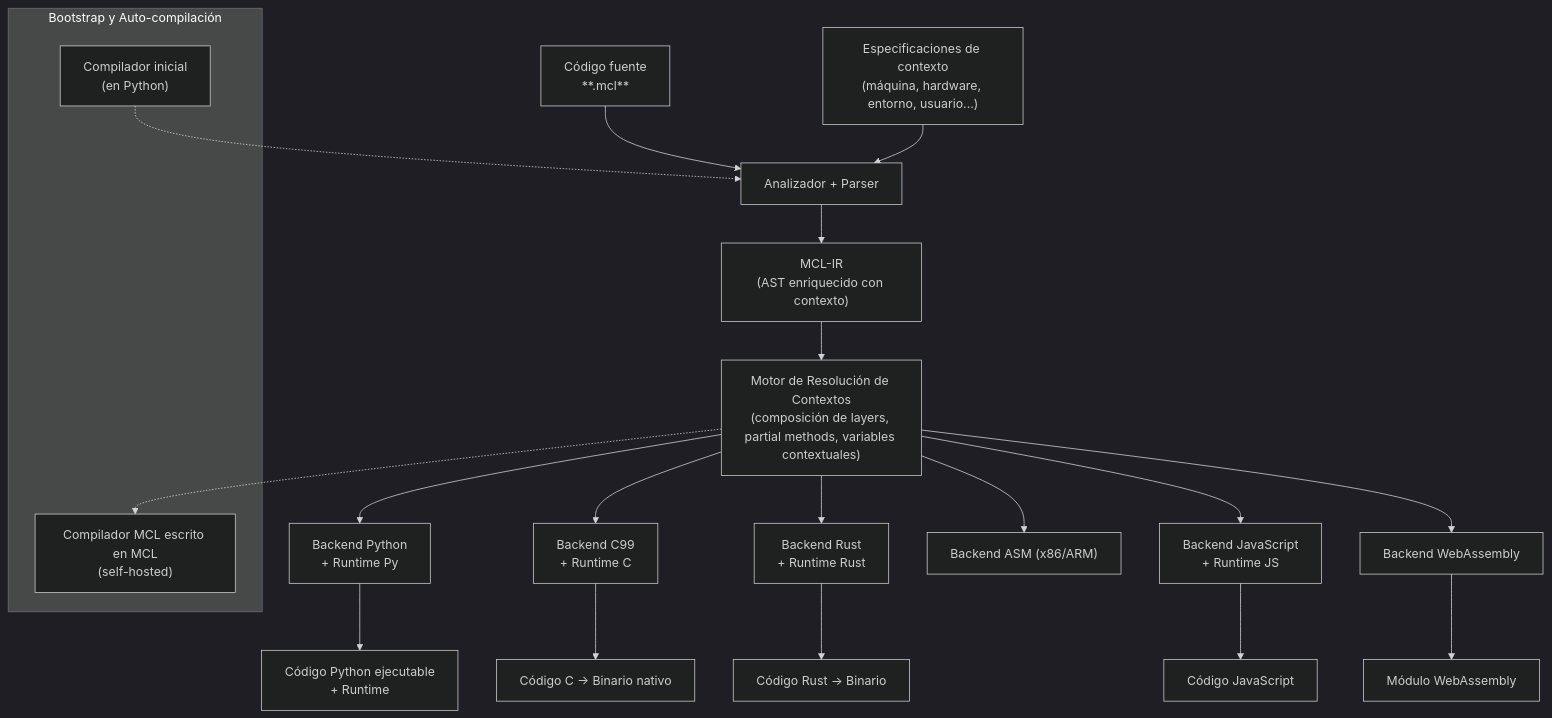
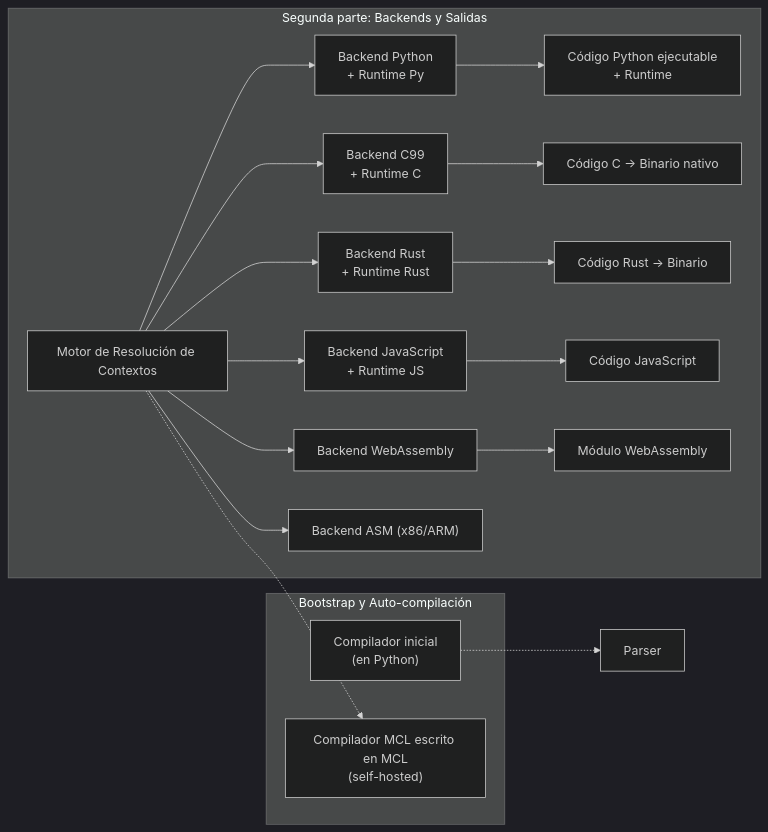
Before and after one commit to metsuke/23-MetsuOS-PublicBrain: the second of 2 diagrams in PublicBrain/Curso e introducción técnica sobre  MCL (MetsuOS Context Language) 🟡③.md, drawn with Mermaid (dark theme). The commit also changed other lines of this file and 7 other files, not shown here.

````diff
--- a/PublicBrain/Curso e introducción técnica sobre  MCL (MetsuOS Context Language) 🟡③.md
+++ b/PublicBrain/Curso e introducción técnica sobre  MCL (MetsuOS Context Language) 🟡③.md
@@ -69,43 +91,39 @@
 ```mermaid
-flowchart TD
-    MCL["Código fuente\n**.mcl**"] 
-    Specs["Especificaciones de contexto\n(máquina, hardware, entorno, usuario...)"]
-    Parser["Analizador + Parser"]
-    IR["MCL-IR\n(AST enriquecido con contexto)"]
-    ContextEngine["Motor de Resolución de Contextos\n(composición de layers, partial methods, variables contextuales)"]
-    BackendPy["Backend Python\n+ Runtime Py"]
-    BackendC["Backend C99\n+ Runtime C"]
-    BackendRust["Backend Rust\n+ Runtime Rust"]
-    BackendJS["Backend JavaScript\n+ Runtime JS"]
-    BackendWASM["Backend WebAssembly"]
-    BackendASM["Backend ASM (x86/ARM)"]
-    OutputPy["Código Python ejecutable\n+ Runtime"]
-    OutputC["Código C → Binario nativo"]
-    OutputRust["Código Rust → Binario"]
-    OutputJS["Código JavaScript"]
-    OutputWASM["Módulo WebAssembly"]
+flowchart LR
+    subgraph Parte2 [Segunda parte: Backends y Salidas]
+        BackendPy["Backend Python\n+ Runtime Py"]
+        BackendC["Backend C99\n+ Runtime C"]
+        BackendRust["Backend Rust\n+ Runtime Rust"]
+        BackendJS["Backend JavaScript\n+ Runtime JS"]
+        BackendWASM["Backend WebAssembly"]
+        BackendASM["Backend ASM (x86/ARM)"]
 
-    MCL --> Parser
-    Specs --> Parser
-    Parser --> IR
-    IR --> ContextEngine
-    ContextEngine --> BackendPy
-    ContextEngine --> BackendC
-    ContextEngine --> BackendRust
-    ContextEngine --> BackendJS
-    ContextEngine --> BackendWASM
-    ContextEngine --> BackendASM
+        OutputPy["Código Python ejecutable\n+ Runtime"]
+        OutputC["Código C → Binario nativo"]
+        OutputRust["Código Rust → Binario"]
+        OutputJS["Código JavaScript"]
+        OutputWASM["Módulo WebAssembly"]
 
-    BackendPy --> OutputPy
-    BackendC --> OutputC
-    BackendRust --> OutputRust
-    BackendJS --> OutputJS
-    BackendWASM --> OutputWASM
+        ContextEngine["Motor de Resolución de Contextos"] --> BackendPy
+        ContextEngine --> BackendC
+        ContextEngine --> BackendRust
+        ContextEngine --> BackendJS
+        ContextEngine --> BackendWASM
+        ContextEngine --> BackendASM
+
+        BackendPy --> OutputPy
+        BackendC --> OutputC
+        BackendRust --> OutputRust
+        BackendJS --> OutputJS
+        BackendWASM --> OutputWASM
+    end
 
     subgraph Bootstrap ["Bootstrap y Auto-compilación"]
         PyCompiler["Compilador inicial\n(en Python)"]
         SelfHost["Compilador MCL escrito en MCL\n(self-hosted)"]
     end
+
+    %% Conexiones entre partes
     PyCompiler -.-> Parser
     ContextEngine -.-> SelfHost
 ```
````
